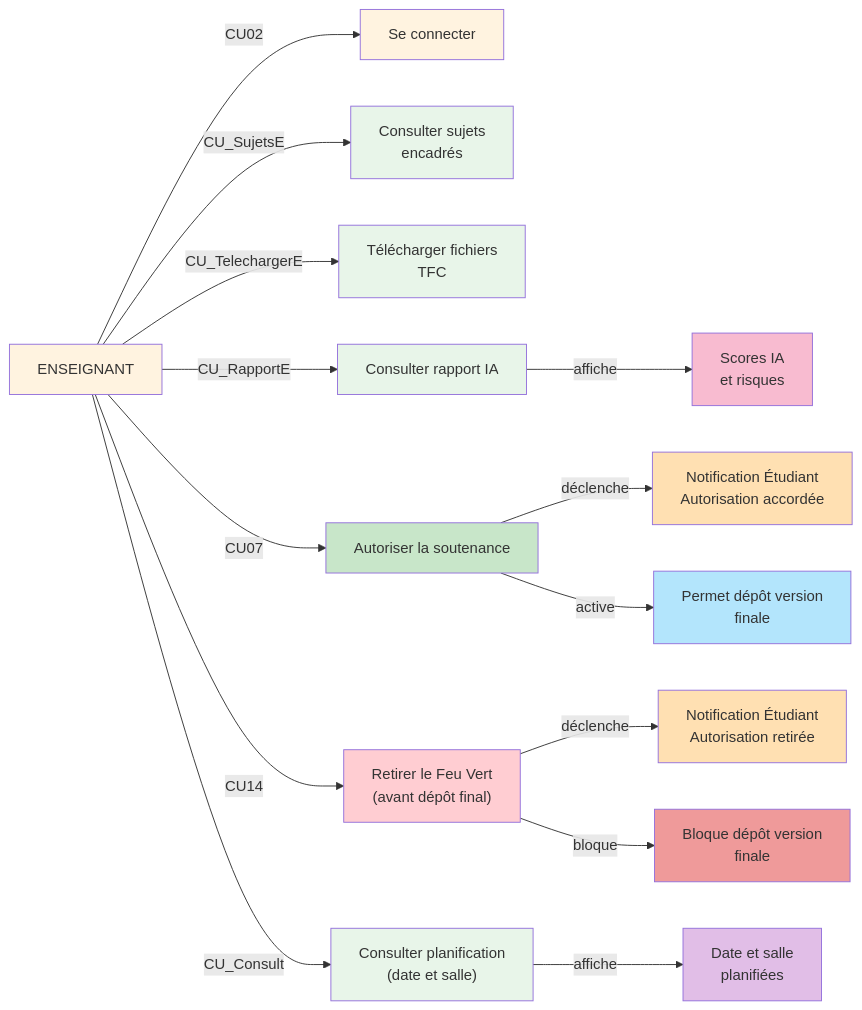
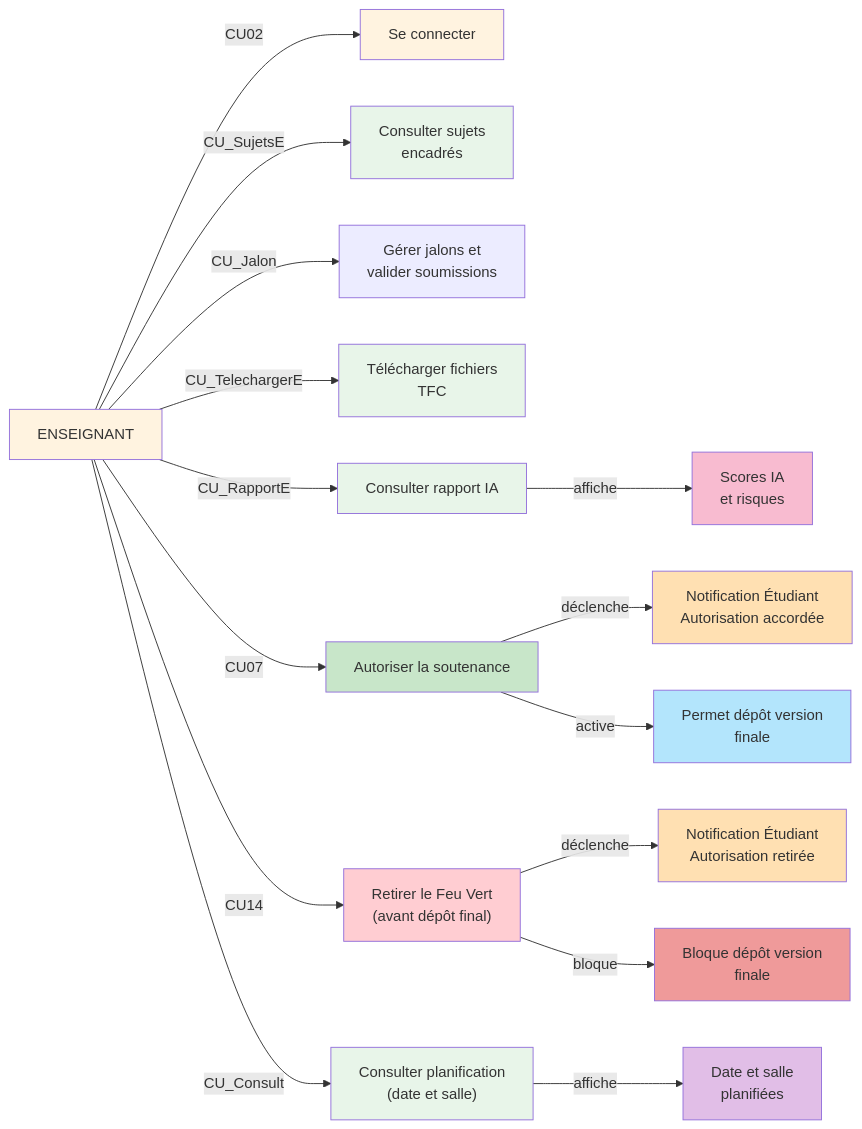
One commit to DavidMwangaza/TFC-Manager changed the fifth of 14 diagrams in DIAGRAMMES-DESCRIPTIONS.md. Above: the diagram before and after it, drawn with Mermaid. The commit also changed other lines of this file and 42 other files, not shown here.

````diff
--- a/DIAGRAMMES-DESCRIPTIONS.md
+++ b/DIAGRAMMES-DESCRIPTIONS.md
@@ -268,34 +276,35 @@
 ```mermaid
 graph LR
     Actor["ENSEIGNANT"]
     
     Actor -->|CU02| Connexion["Se connecter"]
     Actor -->|CU_SujetsE| Sujets["Consulter sujets<br/>encadrés"]
+    Actor -->|CU_Jalon| Jalons["Gérer jalons et<br/>valider soumissions"]
     Actor -->|CU_TelechargerE| Telecharger["Télécharger fichiers<br/>TFC"]
     Actor -->|CU_RapportE| RapportIA["Consulter rapport IA"]
     Actor -->|CU07| Autoriser["Autoriser la soutenance"]
     Actor -->|CU14| Retirer["Retirer le Feu Vert<br/>(avant dépôt final)"]
     Actor -->|CU_Consult| VoirPlanif["Consulter planification\n(date et salle)"]
     
     Autoriser -->|déclenche| NotifFeuVert["Notification Étudiant<br/>Autorisation accordée"]
     Autoriser -->|active| FinalVersion["Permet dépôt version<br/>finale"]
     Retirer -->|déclenche| NotifRetrait["Notification Étudiant<br/>Autorisation retirée"]
     Retirer -->|bloque| FinalBloque["Bloque dépôt version<br/>finale"]
     RapportIA -->|affiche| Scores["Scores IA<br/>et risques"]
     VoirPlanif -->|affiche| Planif["Date et salle\nplanifiées"]
     
     style Actor fill:#fff3e0
     style Connexion fill:#fff3e0
     style Sujets fill:#e8f5e9
     style Telecharger fill:#e8f5e9
     style RapportIA fill:#e8f5e9
     style Autoriser fill:#c8e6c9
     style Retirer fill:#ffcdd2
     style VoirPlanif fill:#e8f5e9
     style NotifFeuVert fill:#ffe0b2
     style NotifRetrait fill:#ffe0b2
     style FinalVersion fill:#b3e5fc
     style FinalBloque fill:#ef9a9a
     style Scores fill:#f8bbd0
     style Planif fill:#e1bee7
 ```
````
